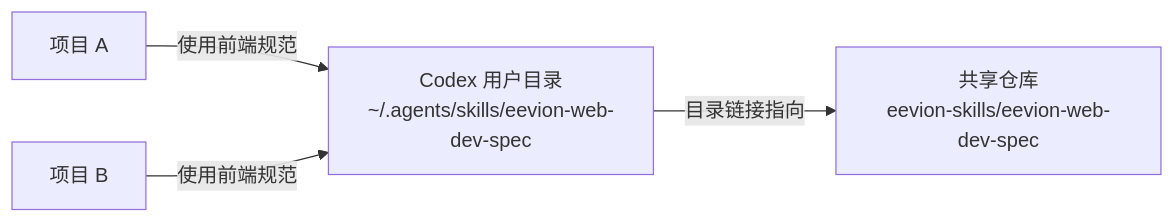
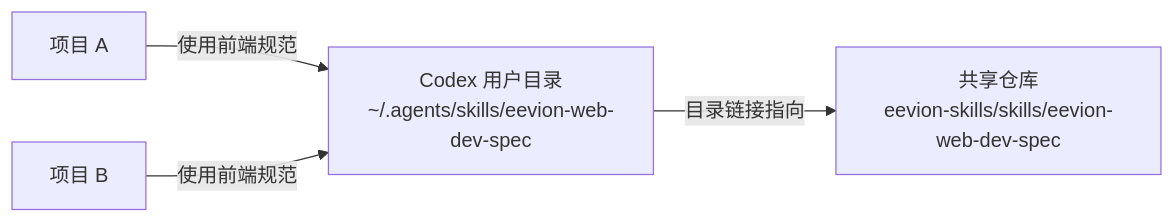
Before and after one commit to eew0824/eevion-skills: the diagram in README.md, drawn with Mermaid. The commit also changed other lines of this file, not shown here.

````diff
--- a/README.md
+++ b/README.md
@@ -11,6 +11,6 @@
 ```mermaid
 flowchart LR
     A["项目 A"] -->|使用前端规范| C["Codex 用户目录<br/>~/.agents/skills/eevion-web-dev-spec"]
     B["项目 B"] -->|使用前端规范| C
-    C -->|目录链接指向| D["共享仓库<br/>eevion-skills/eevion-web-dev-spec"]
+    C -->|目录链接指向| D["共享仓库<br/>eevion-skills/skills/eevion-web-dev-spec"]
 ```
````
